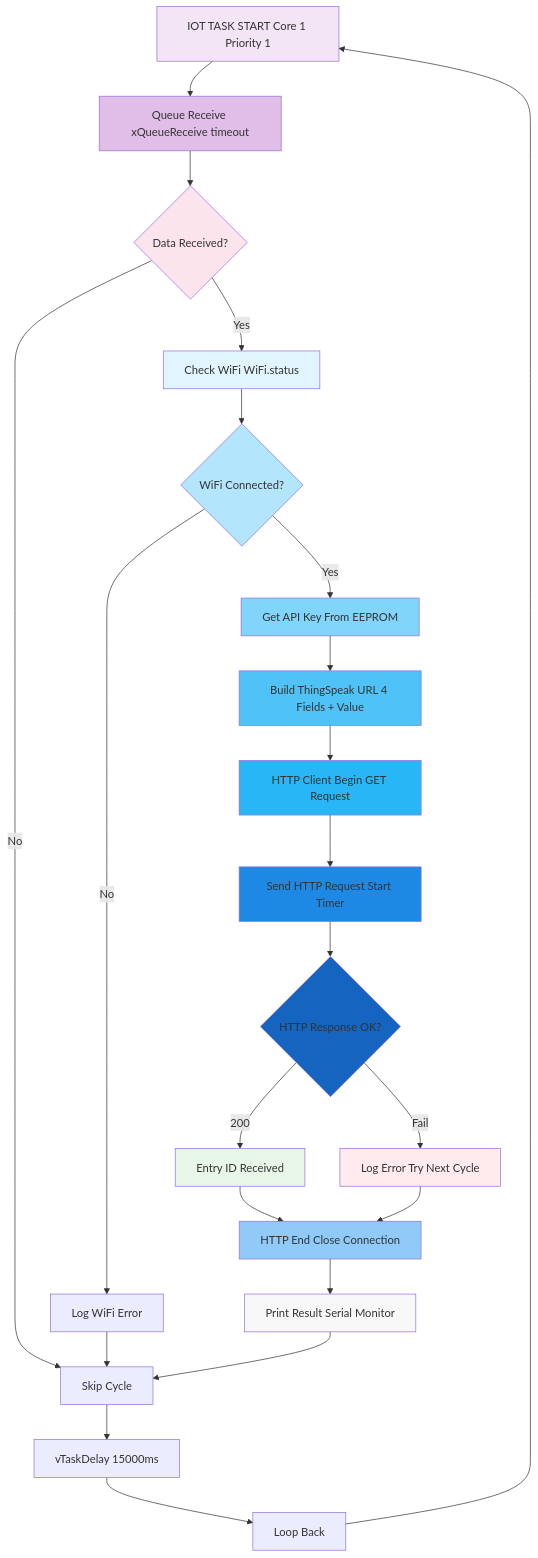
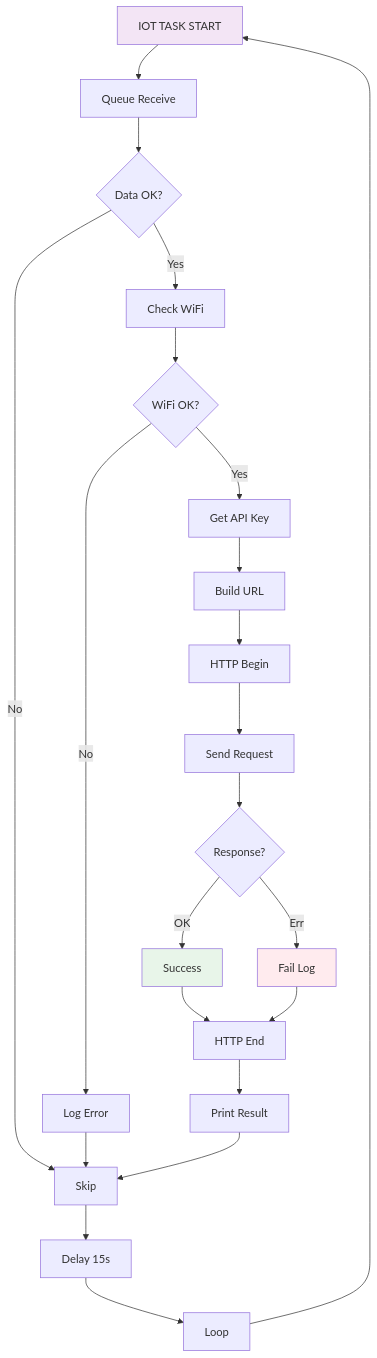
The ninth of 25 diagrams in README.md (ficrammanifur/ESP32-RTOS-Environmental-Monitor), drawn with Mermaid before and after one commit. The commit also changed other lines of this file, not shown here.

````diff
--- a/README.md
+++ b/README.md
@@ -441,58 +441,47 @@
 ```mermaid
 flowchart TD
-    A[IOT TASK START Core 1 Priority 1]
-    B[Queue Receive xQueueReceive timeout]
-    C{Data Received?}
-    D[Check WiFi WiFi.status]
-    E{WiFi Connected?}
-    F[Log WiFi Error]
-    G[Get API Key From EEPROM]
-    H[Build ThingSpeak URL 4 Fields + Value]
-    I[HTTP Client Begin GET Request]
-    J[Send HTTP Request Start Timer]
-    K{HTTP Response OK?}
-    L[Entry ID Received]
-    M[Log Error Try Next Cycle]
-    N[HTTP End Close Connection]
-    O[Print Result Serial Monitor]
-    Z[Skip Cycle]
-    P[vTaskDelay 15000ms]
-    Q[Loop Back]
+    A[IOT TASK START]
+    B[Queue Receive]
+    C{Data OK?}
+    D[Check WiFi]
+    E{WiFi OK?}
+    F[Log Error]
+    G[Get API Key]
+    H[Build URL]
+    I[HTTP Begin]
+    J[Send Request]
+    K{Response?}
+    L[Success]
+    M[Fail Log]
+    N[HTTP End]
+    O[Print Result]
+    Z[Skip]
+    P[Delay 15s]
+    Q[Loop]
     
     A --> B
     B --> C
     C -->|Yes| D
     C -->|No| Z
     D --> E
     E -->|No| F
     E -->|Yes| G
     F --> Z
     G --> H
     H --> I
     I --> J
     J --> K
-    K -->|200| L
-    K -->|Fail| M
+    K -->|OK| L
+    K -->|Err| M
     L --> N
     M --> N
     N --> O
     O --> Z
     Z --> P
     P --> Q
     Q --> A
     
     style A fill:#f3e5f5
-    style B fill:#e1bee7
-    style C fill:#fce4ec
-    style D fill:#e1f5fe
-    style E fill:#b3e5fc
-    style G fill:#81d4fa
-    style H fill:#4fc3f7
-    style I fill:#29b6f6
-    style J fill:#1e88e5
-    style K fill:#1565c0
     style L fill:#e8f5e9
     style M fill:#ffebee
-    style N fill:#90caf9
-    style O fill:#f8f8f8
 ```
````
